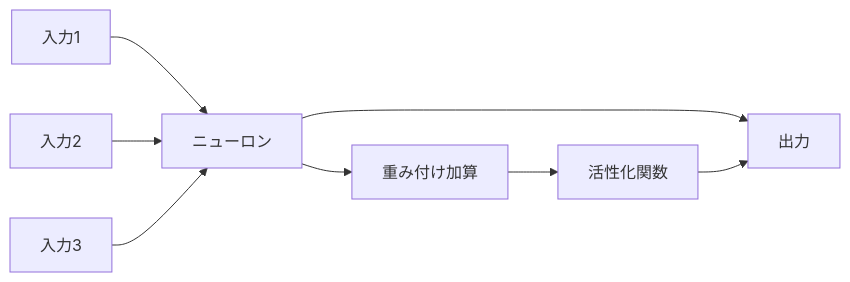
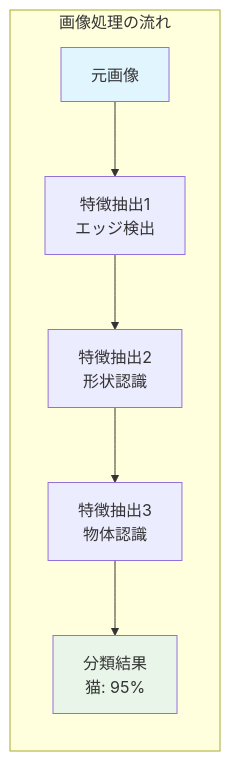
Before and after one commit to SparklingDetergent/doc_genai_mental_model: the fifth of 28 diagrams in AI/DeepLearning/README.MD, drawn with Mermaid. The commit also changed other lines of this file, not shown here.

````diff
--- a/AI/DeepLearning/README.MD
+++ b/AI/DeepLearning/README.MD
@@ -100,11 +176,12 @@
 ```mermaid
-graph LR
-    A[入力1] --> D[ニューロン]
-    B[入力2] --> D
-    C[入力3] --> D
-    D --> E[出力]
+flowchart LR
+    subgraph "画像処理の流れ"
+        A[元画像] --> B[特徴抽出1<br/>エッジ検出]
+        B --> C[特徴抽出2<br/>形状認識]
+        C --> D[特徴抽出3<br/>物体認識]
+        D --> E[分類結果<br/>猫: 95%]
+    end
     
-    D --> F[重み付け加算]
-    F --> G[活性化関数]
-    G --> E
+    style A fill:#e1f5fe
+    style E fill:#e8f5e8
 ```
````
